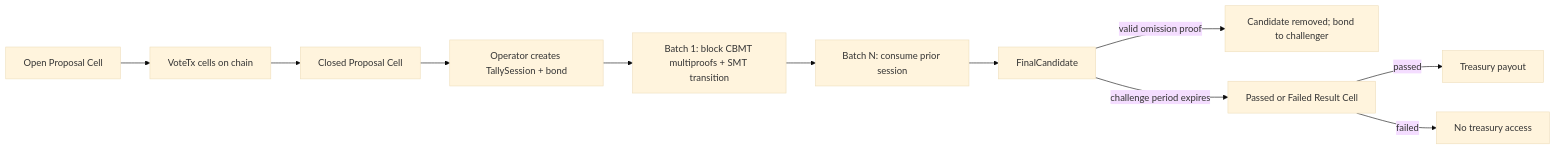
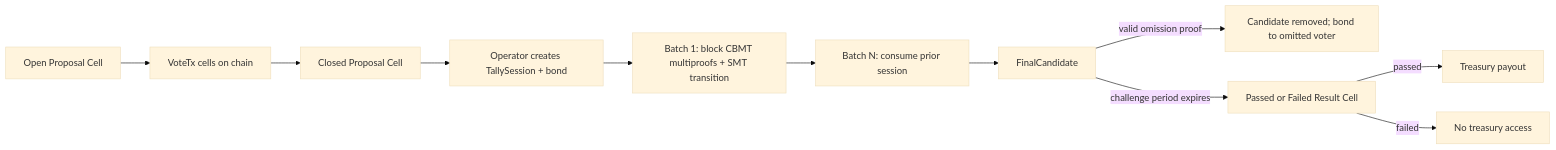
The first of 3 diagrams in docs/on-chain-voting-with-batch-settlement.md (chenyukang/ckb-treasury-lab), drawn with Mermaid (base theme) before and after one commit. The commit also changed other lines of this file and 8 other files, not shown here.

Commit message:
fix: bind challenge reward to omitted voter

````diff
--- a/docs/on-chain-voting-with-batch-settlement.md
+++ b/docs/on-chain-voting-with-batch-settlement.md
@@ -12,13 +12,13 @@
 ```mermaid
 flowchart LR
     P["Open Proposal Cell"] --> V["VoteTx cells on chain"]
     V --> C["Closed Proposal Cell"]
     C --> S["Operator creates TallySession + bond"]
     S --> B1["Batch 1: block CBMT multiproofs + SMT transition"]
     B1 --> BN["Batch N: consume prior session"]
     BN --> F["FinalCandidate"]
-    F -->|"valid omission proof"| X["Candidate removed; bond to challenger"]
+    F -->|"valid omission proof"| X["Candidate removed; bond to omitted voter"]
     F -->|"challenge period expires"| R["Passed or Failed Result Cell"]
     R -->|"passed"| T["Treasury payout"]
     R -->|"failed"| Z["No treasury access"]
 ```
````
